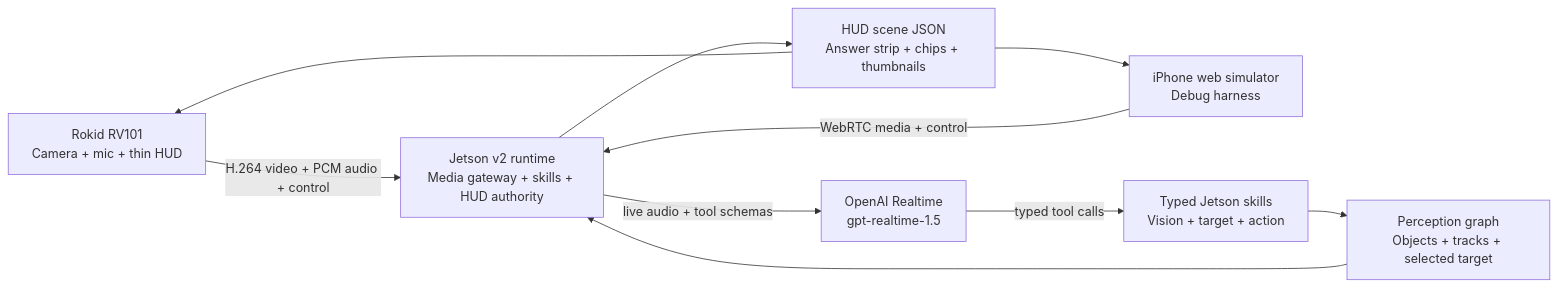
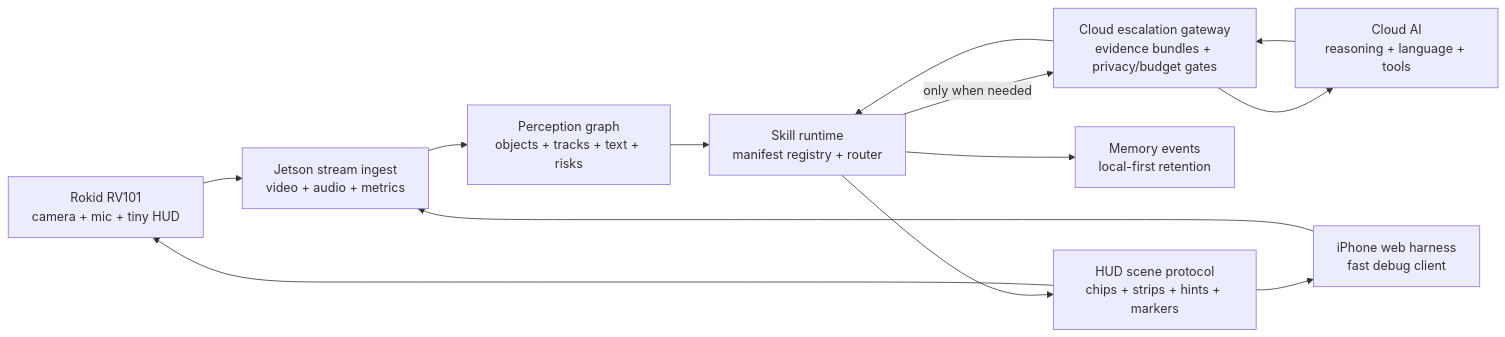
The first of 2 diagrams in README.md (tranquocnhat94/openvision-rokid), drawn with Mermaid before and after one commit. The commit also changed other lines of this file and 71 other files, not shown here.

````diff
--- a/README.md
+++ b/README.md
@@ -17,20 +35,25 @@
 ```mermaid
 flowchart LR
-  RV101["Rokid RV101\nCamera + mic + thin HUD"]
-  Phone["iPhone web simulator\nDebug harness"]
-  Jetson["Jetson v2 runtime\nMedia gateway + skills + HUD authority"]
-  Realtime["OpenAI Realtime\ngpt-realtime-1.5"]
-  Skills["Typed Jetson skills\nVision + target + action"]
-  Perception["Perception graph\nObjects + tracks + selected target"]
-  HUD["HUD scene JSON\nAnswer strip + chips + thumbnails"]
+  Glasses["Rokid RV101\ncamera + mic + tiny HUD"]
+  Harness["iPhone web harness\nfast debug client"]
+  Ingest["Jetson stream ingest\nvideo + audio + metrics"]
+  Graph["Perception graph\nobjects + tracks + text + risks"]
+  Runtime["Skill runtime\nmanifest registry + router"]
+  Gateway["Cloud escalation gateway\nevidence bundles + privacy/budget gates"]
+  Memory["Memory events\nlocal-first retention"]
+  HUD["HUD scene protocol\nchips + strips + hints + markers"]
+  Cloud["Cloud AI\nreasoning + language + tools"]
 
-  RV101 -->|"H.264 video + PCM audio + control"| Jetson
-  Phone -->|"WebRTC media + control"| Jetson
-  Jetson -->|"live audio + tool schemas"| Realtime
-  Realtime -->|"typed tool calls"| Skills
-  Skills --> Perception
-  Perception --> Jetson
-  Jetson --> HUD
-  HUD --> RV101
-  HUD --> Phone
+  Glasses --> Ingest
+  Harness --> Ingest
+  Ingest --> Graph
+  Graph --> Runtime
+  Runtime --> HUD
+  Runtime --> Memory
+  Runtime -->|"only when needed"| Gateway
+  Gateway --> Cloud
+  Cloud --> Gateway
+  Gateway --> Runtime
+  HUD --> Glasses
+  HUD --> Harness
 ```
````
